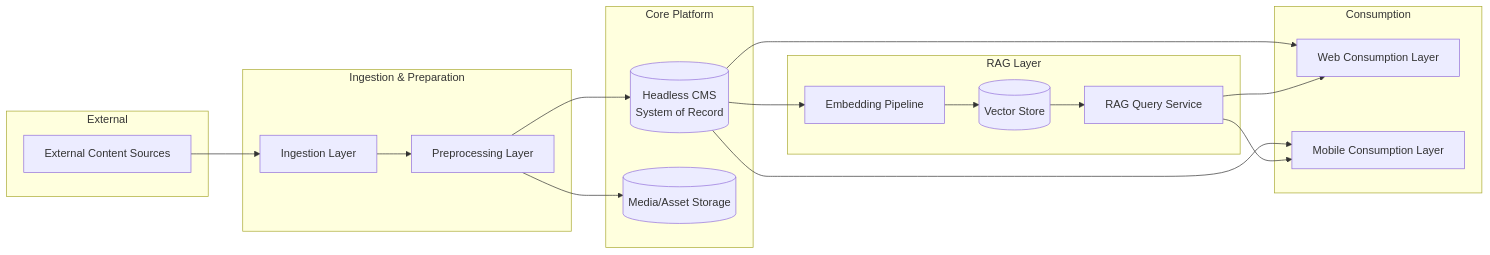
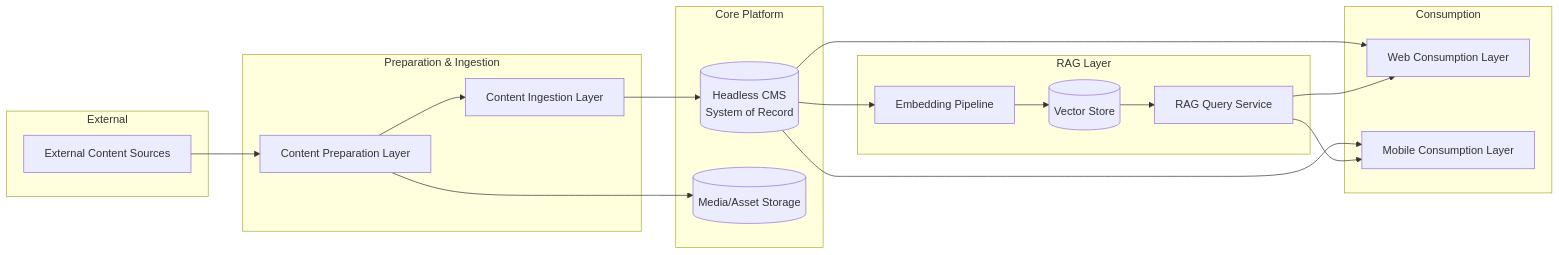
The diagram in docs/architecture.md (Team-Gurubodh/gurubodh), drawn with Mermaid before and after one commit. The commit also changed other lines of this file and 4 other files, not shown here.

````diff
--- a/docs/architecture.md
+++ b/docs/architecture.md
@@ -44,35 +44,35 @@
 ```mermaid
 flowchart LR
     subgraph External
         SRC[External Content Sources]
     end
 
-    subgraph Ingestion & Preparation
-        ING[Ingestion Layer]
-        PRE[Preprocessing Layer]
+    subgraph Preparation & Ingestion
+        PRE[Content Preparation Layer]
+        ING[Content Ingestion Layer]
     end
 
     subgraph Core Platform
         CMS[(Headless CMS<br/>System of Record)]
         MEDIA[(Media/Asset Storage)]
     end
 
     subgraph Consumption
         WEB[Web Consumption Layer]
         MOBILE[Mobile Consumption Layer]
     end
 
     subgraph RAG Layer
         EMBED[Embedding Pipeline]
         VDB[(Vector Store)]
         RAGAPI[RAG Query Service]
     end
 
-    SRC --> ING --> PRE --> CMS
+    SRC --> PRE --> ING --> CMS
     PRE --> MEDIA
     CMS --> WEB
     CMS --> MOBILE
     CMS --> EMBED --> VDB --> RAGAPI
     RAGAPI --> WEB
     RAGAPI --> MOBILE
 ```
````
